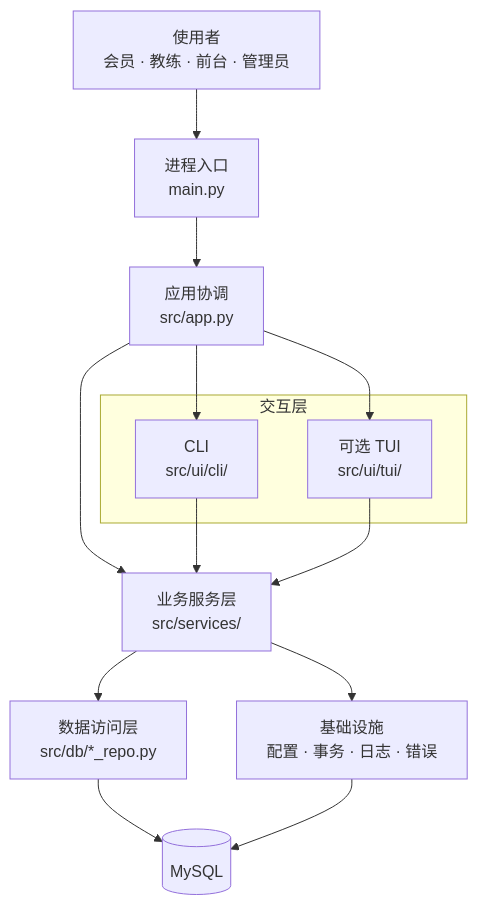
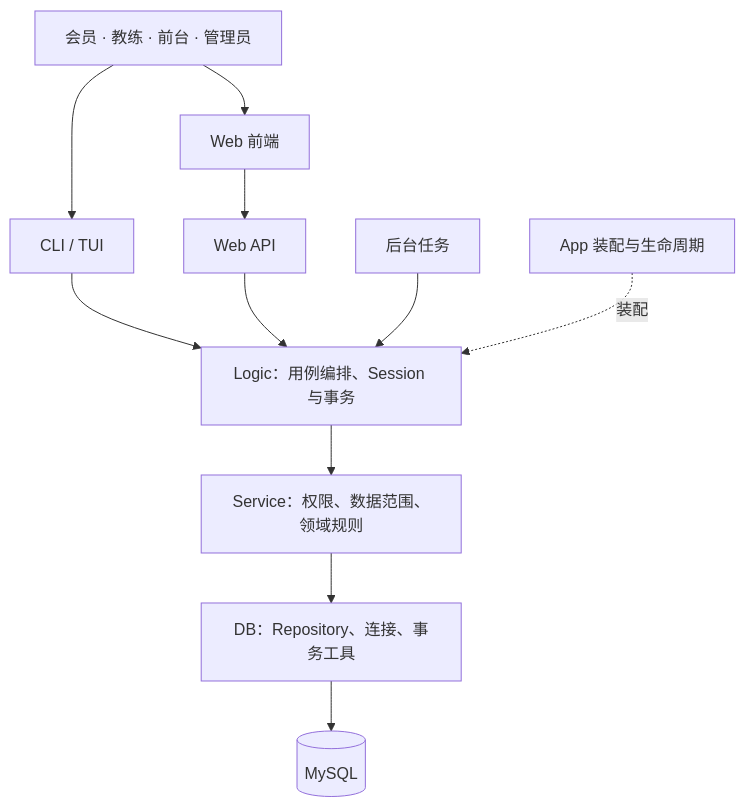
Before and after one commit to ZnLuAr/CS2-G3-SE: the diagram in docs/architecture.md, drawn with Mermaid. The commit also changed other lines of this file and 19 other files, not shown here.

Commit message:
docs(architecture): 明确前后端合同与功能协作导航

````diff
--- a/docs/architecture.md
+++ b/docs/architecture.md
@@ -89,28 +35,23 @@
 ```mermaid
 flowchart TB
-    User["使用者<br/>会员 · 教练 · 前台 · 管理员"]
-    Main["进程入口<br/>main.py"]
-    App["应用协调<br/>src/app.py"]
-
-    subgraph UI["交互层"]
-        CLI["CLI<br/>src/ui/cli/"]
-        TUI["可选 TUI<br/>src/ui/tui/"]
-    end
-
-    Services["业务服务层<br/>src/services/"]
-    Repositories["数据访问层<br/>src/db/*_repo.py"]
-    Infrastructure["基础设施<br/>配置 · 事务 · 日志 · 错误"]
-    Database[(MySQL)]
-
-    User --> Main
-    Main --> App
-    App --> CLI
-    App --> TUI
-    App --> Services
-    CLI --> Services
-    TUI --> Services
-    Services --> Repositories
-    Services --> Infrastructure
-    Repositories --> Database
-    Infrastructure --> Database
+    User["会员 · 教练 · 前台 · 管理员"]
+    CLI["CLI / TUI"]
+    Browser["Web 前端"]
+    Web["Web API"]
+    Job["后台任务"]
+    App["App 装配与生命周期"]
+    Logic["Logic：用例编排、Session 与事务"]
+    Service["Service：权限、数据范围、领域规则"]
+    DB["DB：Repository、连接、事务工具"]
+    MySQL[("MySQL")]
+    User --> CLI
+    User --> Browser
+    Browser --> Web
+    CLI --> Logic
+    Web --> Logic
+    Job --> Logic
+    App -. "装配" .-> Logic
+    Logic --> Service
+    Service --> DB
+    DB --> MySQL
 ```
````
